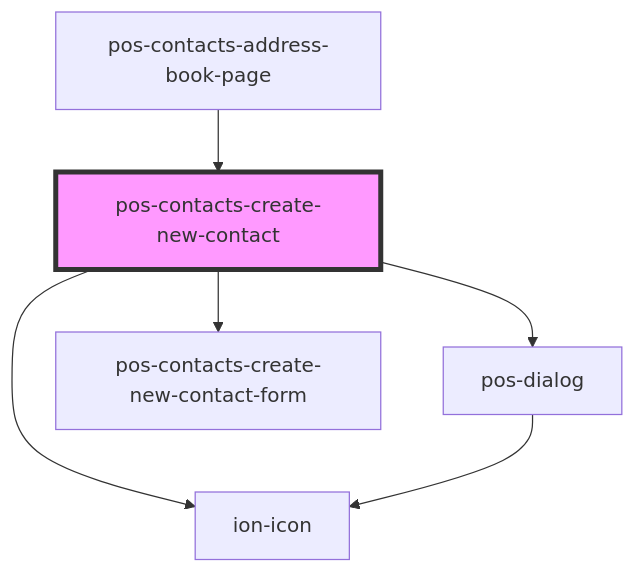
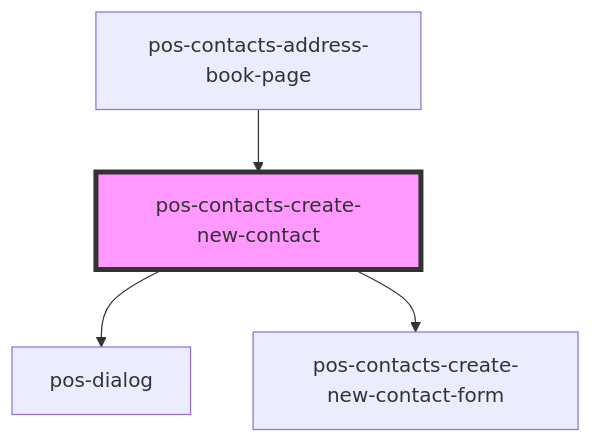
The diagram in contacts/src/components/create-new-contact/readme.md (pod-os/PodOS), drawn with Mermaid before and after one commit. The commit also changed other lines of this file and 8 other files, not shown here.

````diff
--- a/contacts/src/components/create-new-contact/readme.md
+++ b/contacts/src/components/create-new-contact/readme.md
@@ -28,9 +27,7 @@
 ```mermaid
 graph TD;
-  pos-contacts-create-new-contact --> ion-icon
   pos-contacts-create-new-contact --> pos-dialog
   pos-contacts-create-new-contact --> pos-contacts-create-new-contact-form
-  pos-dialog --> ion-icon
   pos-contacts-address-book-page --> pos-contacts-create-new-contact
   style pos-contacts-create-new-contact fill:#f9f,stroke:#333,stroke-width:4px
 ```
````
